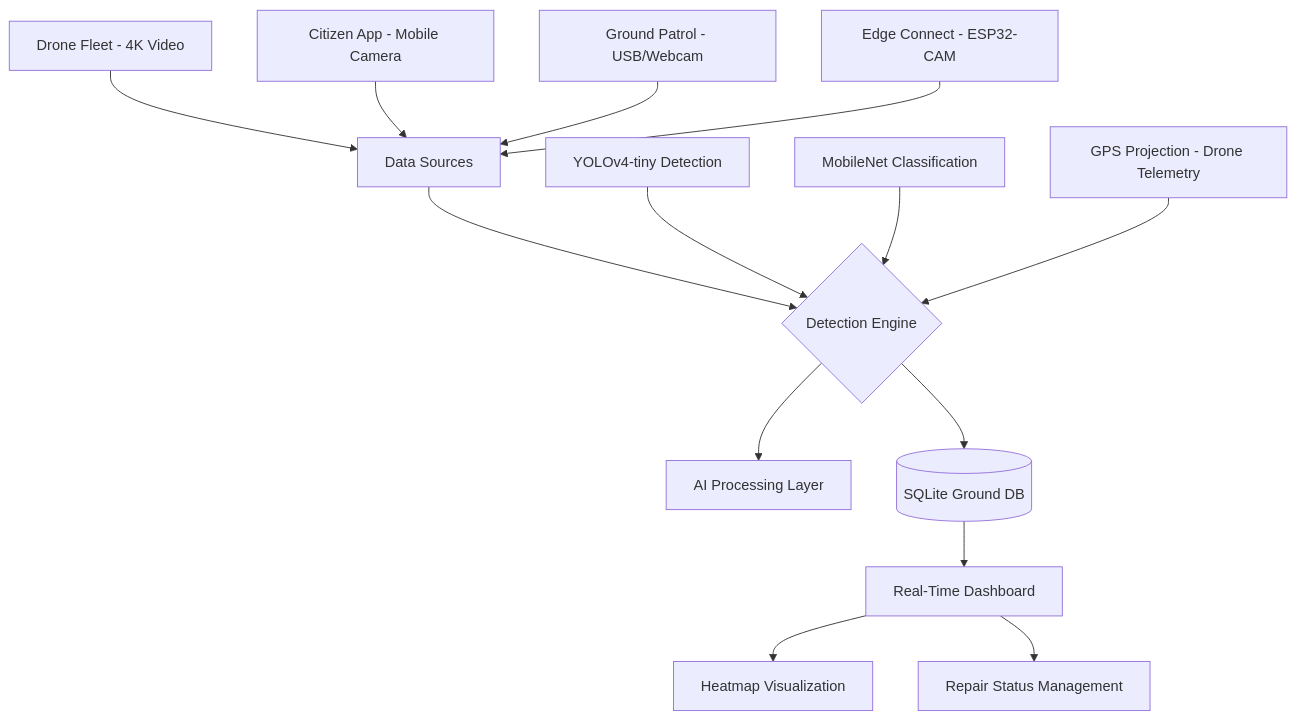
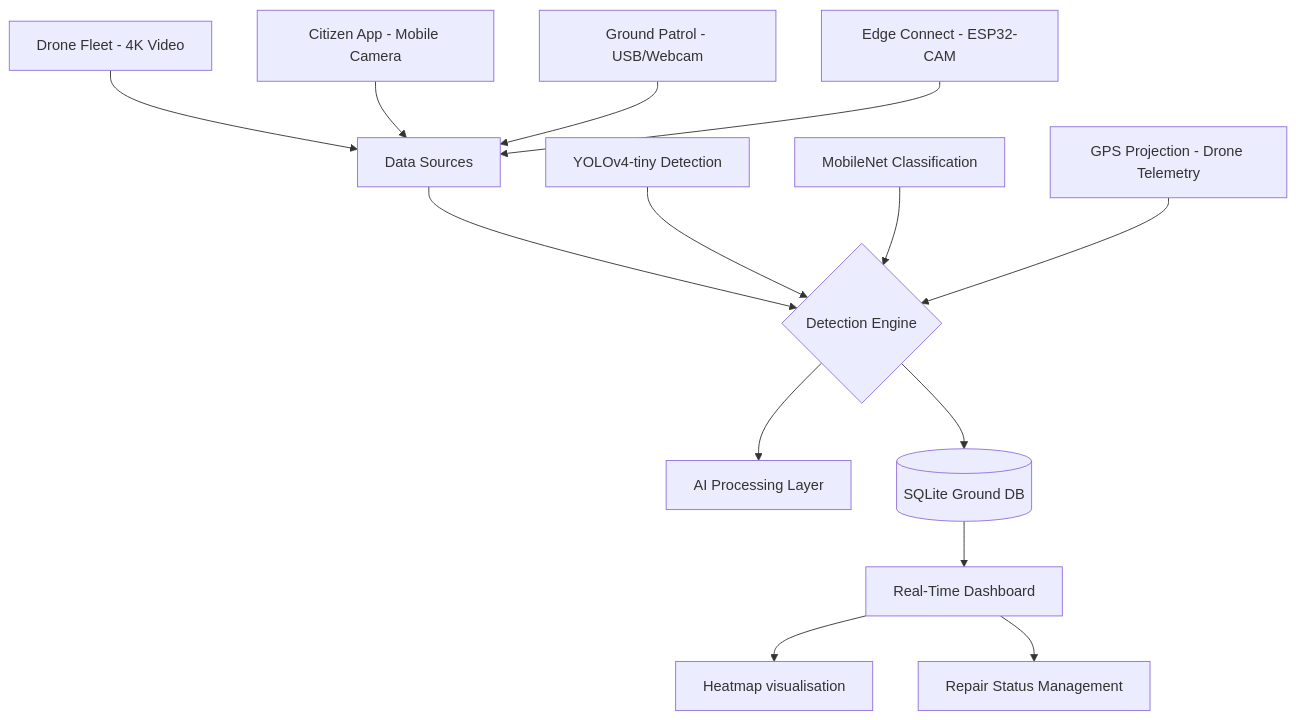
The diagram in README.md (438malludiswardhanreddy-sketch/ASTROPATH), drawn with Mermaid before and after one commit. The commit also changed other lines of this file and 11 other files, not shown here.

````diff
--- a/README.md
+++ b/README.md
@@ -173,18 +173,18 @@
 ```mermaid
 graph TD
     A[Data Sources] --> B{Detection Engine}
     A1[Drone Fleet - 4K Video] --> A
     A2[Citizen App - Mobile Camera] --> A
     A3[Ground Patrol - USB/Webcam] --> A
     A4[Edge Connect - ESP32-CAM] --> A
     
     B --> C[AI Processing Layer]
     C1[YOLOv4-tiny Detection] --> B
     C2[MobileNet Classification] --> B
     C3[GPS Projection - Drone Telemetry] --> B
     
     B --> D[(SQLite Ground DB)]
     D --> E[Real-Time Dashboard]
-    E --> F[Heatmap Visualization]
+    E --> F[Heatmap visualisation]
     E --> G[Repair Status Management]
 ```
````
